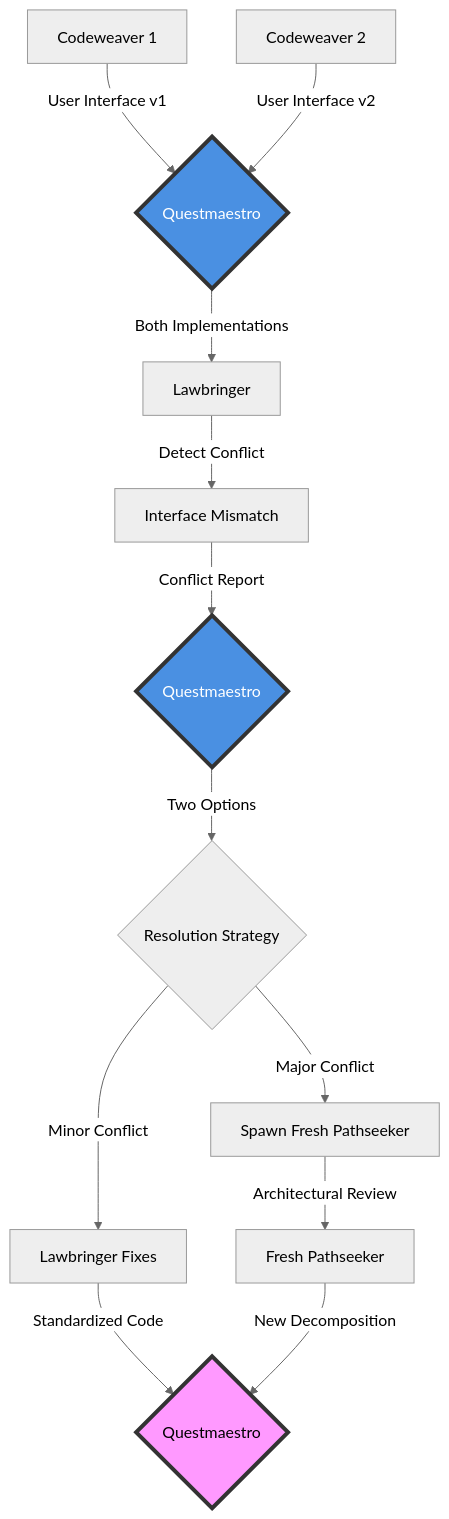
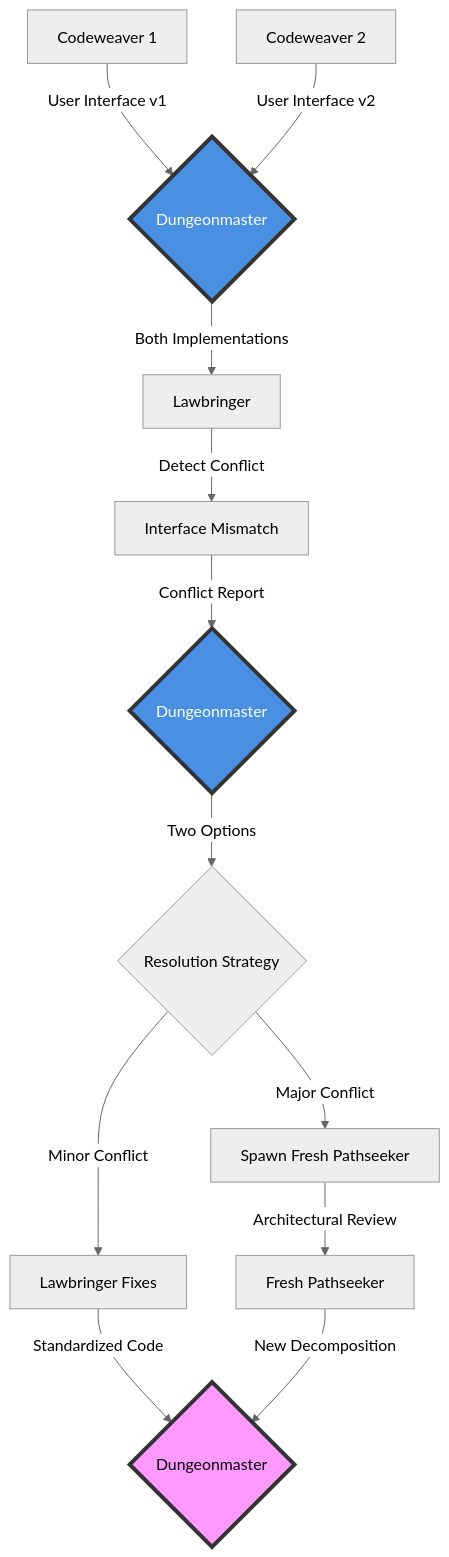
One commit to StupidIncarnate/codex-of-consentient-craft changed the fifth of 8 diagrams in llm-madness/framework/orchestration-flows.md. Above: the diagram before and after it, drawn with Mermaid (neutral theme). The commit also changed other lines of this file and 364 other files, not shown here.

````diff
--- a/llm-madness/framework/orchestration-flows.md
+++ b/llm-madness/framework/orchestration-flows.md
@@ -170,25 +165,23 @@
 ```mermaid
 flowchart TD
-    CW1[Codeweaver 1] -->|User Interface v1| QM{Questmaestro}
+    CW1[Codeweaver 1] -->|User Interface v1| QM{Dungeonmaster}
     CW2[Codeweaver 2] -->|User Interface v2| QM
     
     QM -->|Both Implementations| LB[Lawbringer]
     
     LB -->|Detect Conflict| Conflict[Interface Mismatch]
-    
-    Conflict -->|Conflict Report| QM2{Questmaestro}
+    Conflict -->|Conflict Report| QM2{Dungeonmaster}
     
     QM2 -->|Two Options| Choice{Resolution Strategy}
     
     Choice -->|Minor Conflict| Fix[Lawbringer Fixes]
     Choice -->|Major Conflict| Escalate[Spawn Fresh Pathseeker]
-    
-    Fix -->|Standardized Code| QM3{Questmaestro}
+    Fix -->|Standardized Code| QM3{Dungeonmaster}
     
     Escalate -->|Architectural Review| PS[Fresh Pathseeker]
     PS -->|New Decomposition| QM3
     
     style QM fill:#4a90e2,stroke:#333,stroke-width:4px,color:#fff
     style QM2 fill:#4a90e2,stroke:#333,stroke-width:4px,color:#fff
     style QM3 fill:#f9f,stroke:#333,stroke-width:4px
 ```
````
